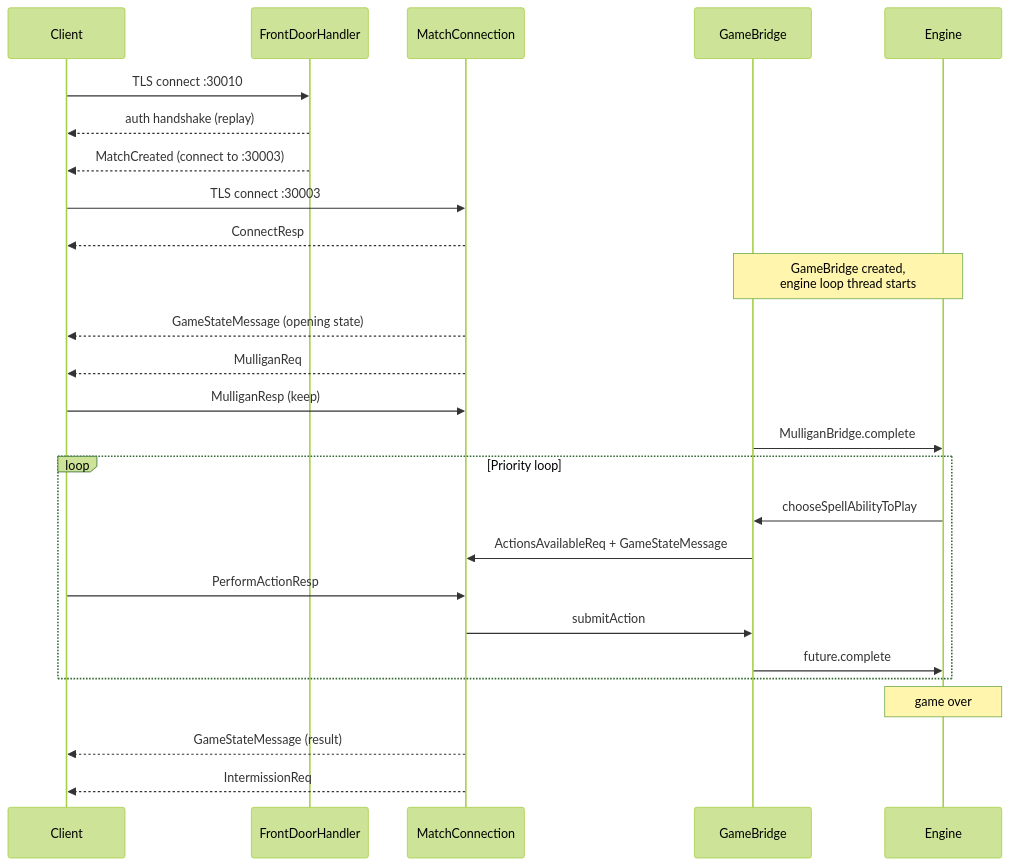
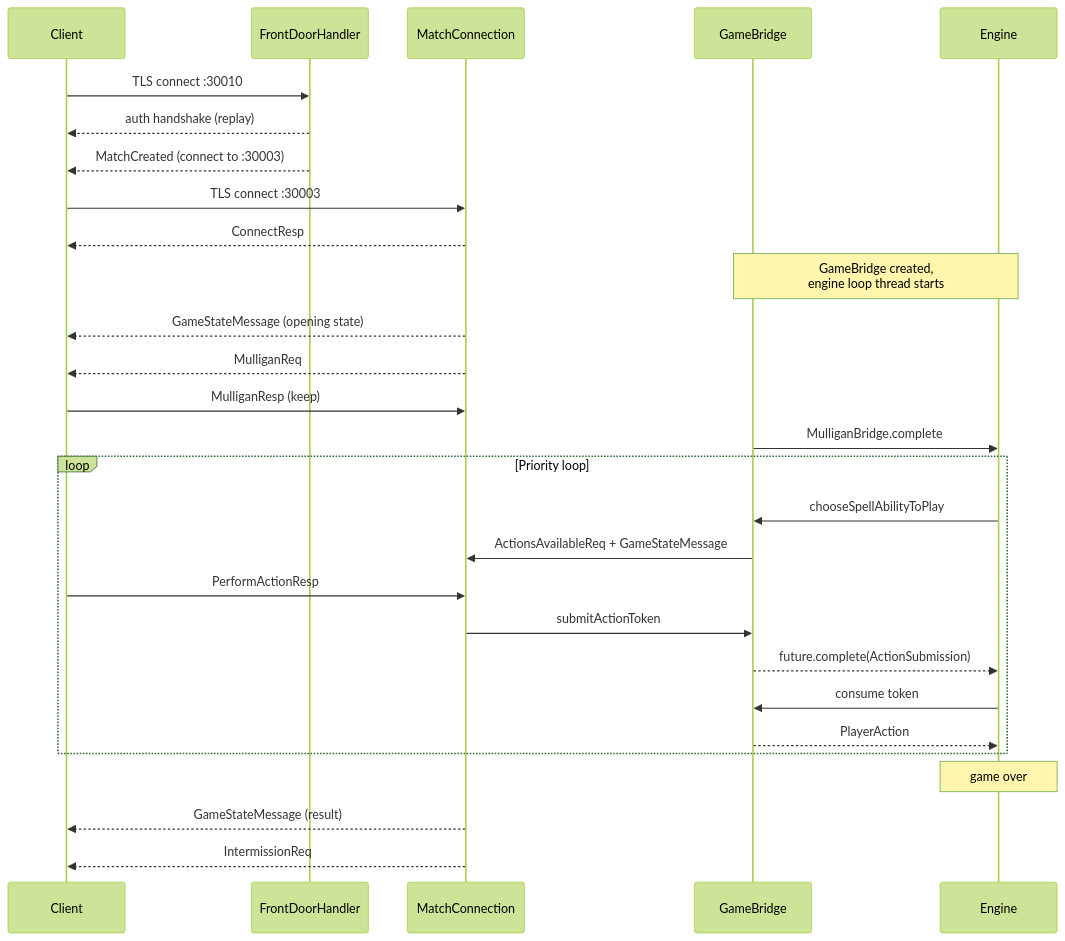
Before and after one commit to delebedev/leyline: the second of 2 diagrams in docs/architecture.md, drawn with Mermaid (forest theme). The commit also changed other lines of this file and 20 other files, not shown here.

````diff
--- a/docs/architecture.md
+++ b/docs/architecture.md
@@ -108,35 +121,37 @@
 ```mermaid
 sequenceDiagram
     participant C as Client
     participant FD as FrontDoorHandler
     participant MC as MatchConnection
     participant GB as GameBridge
     participant ENG as Engine
 
     C->>FD: TLS connect :30010
     FD-->>C: auth handshake (replay)
     FD-->>C: MatchCreated (connect to :30003)
 
     C->>MC: TLS connect :30003
     MC-->>C: ConnectResp
 
     Note over GB,ENG: GameBridge created,<br/>engine loop thread starts
 
     MC-->>C: GameStateMessage (opening state)
     MC-->>C: MulliganReq
 
     C->>MC: MulliganResp (keep)
     GB->>ENG: MulliganBridge.complete
 
     loop Priority loop
         ENG->>GB: chooseSpellAbilityToPlay
         GB->>MC: ActionsAvailableReq + GameStateMessage
         C->>MC: PerformActionResp
-        MC->>GB: submitAction
-        GB->>ENG: future.complete
+        MC->>GB: submitActionToken
+        GB-->>ENG: future.complete(ActionSubmission)
+        ENG->>GB: consume token
+        GB-->>ENG: PlayerAction
     end
 
     Note over ENG: game over
     MC-->>C: GameStateMessage (result)
     MC-->>C: IntermissionReq
 ```
````
